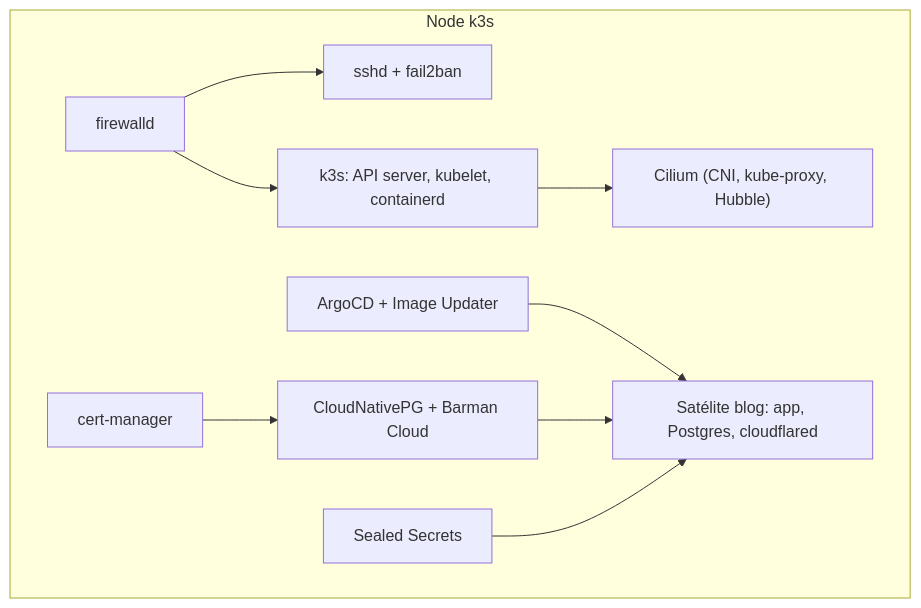
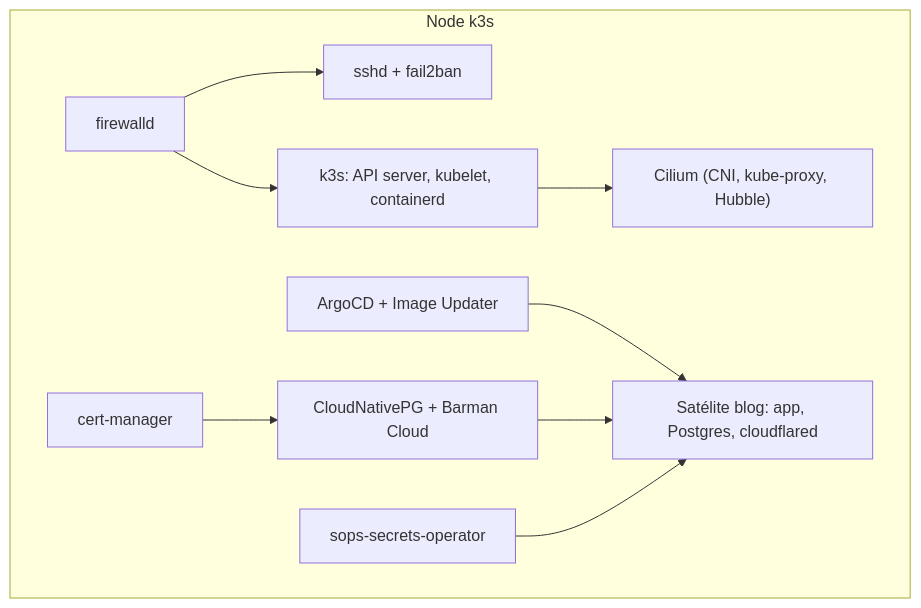
Before and after one commit to guesant/hl-infrastructure: the third of 3 diagrams in docs/arquitetura/index.md, drawn with Mermaid. The commit also changed other lines of this file and 36 other files, not shown here.

First line of the commit message:
refactor(secrets): replace Sealed Secrets with sops-secrets-operator

````diff
--- a/docs/arquitetura/index.md
+++ b/docs/arquitetura/index.md
@@ -44,21 +45,21 @@
 ```mermaid
 flowchart TB
     subgraph node["Node k3s"]
         sshd["sshd + fail2ban"]
         firewall["firewalld"]
         k3s["k3s: API server, kubelet, containerd"]
         cilium["Cilium (CNI, kube-proxy, Hubble)"]
         argocd["ArgoCD + Image Updater"]
         certmanager["cert-manager"]
         cnpg["CloudNativePG + Barman Cloud"]
-        sealed["Sealed Secrets"]
+        sops["sops-secrets-operator"]
         blog["Satélite blog: app, Postgres, cloudflared"]
     end
     firewall --> sshd
     firewall --> k3s
     k3s --> cilium
     argocd --> blog
     cnpg --> blog
-    sealed --> blog
+    sops --> blog
     certmanager --> cnpg
 ```
````
